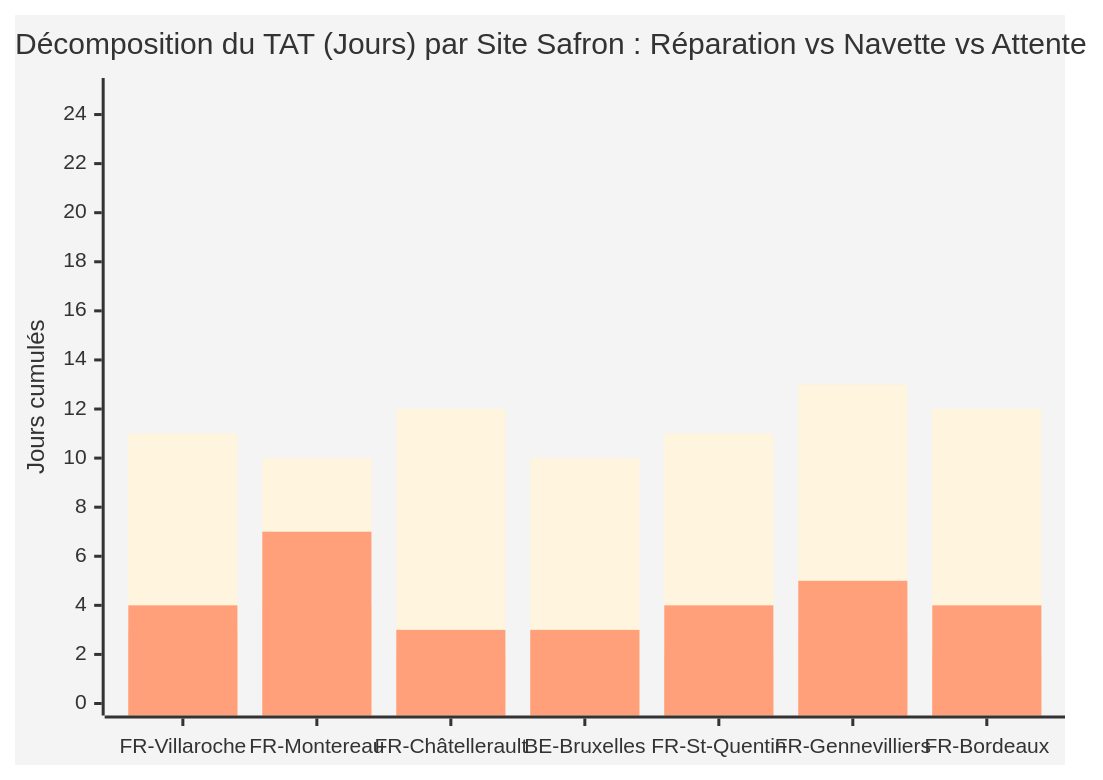
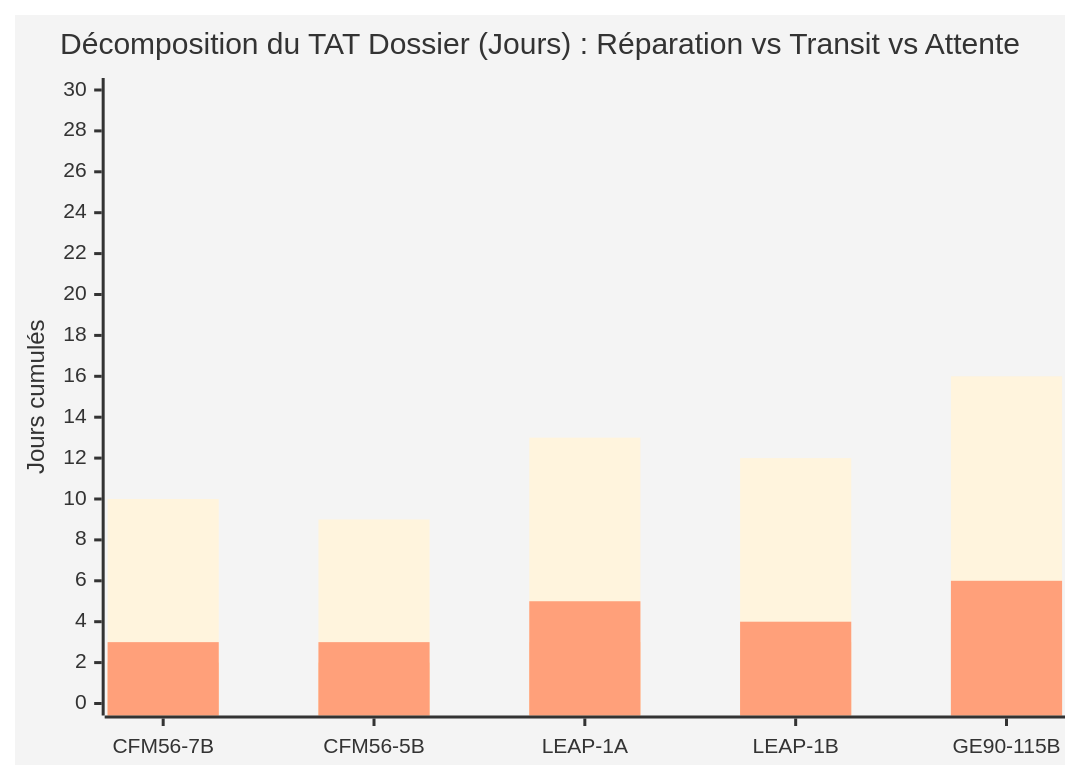
The fifth of 16 diagrams in content.md (quangfr/bimaestro), drawn with Mermaid before and after one commit. The commit also changed other lines of this file and 6 other files, not shown here.

````diff
--- a/content.md
+++ b/content.md
@@ -526,10 +476,10 @@
 ```mermaid
 %%{init: {'theme': 'base', 'themeVariables': { 'primaryColor': '#3b82f6'}}}%%
 xychart-beta
-    title "Décomposition du TAT (Jours) par Site Safron : Réparation vs Navette vs Attente"
-    x-axis ["FR-Villaroche", "FR-Montereau", "FR-Châtellerault", "BE-Bruxelles", "FR-St-Quentin", "FR-Gennevilliers", "FR-Bordeaux"]
-    y-axis "Jours cumulés" 0 --> 25
-    bar [11, 10, 12, 10, 11, 13, 12]
-    bar [3, 4, 2, 3, 2, 3, 2]
-    bar [4, 7, 3, 3, 4, 5, 4]
+    title "Décomposition du TAT Dossier (Jours) : Réparation vs Transit vs Attente"
+    x-axis ["CFM56-7B", "CFM56-5B", "LEAP-1A", "LEAP-1B", "GE90-115B"]
+    y-axis "Jours cumulés" 0 --> 30
+    bar [10, 9, 13, 12, 16]
+    bar [2, 2, 3, 3, 4]
+    bar [3, 3, 5, 4, 6]
 ```
````
